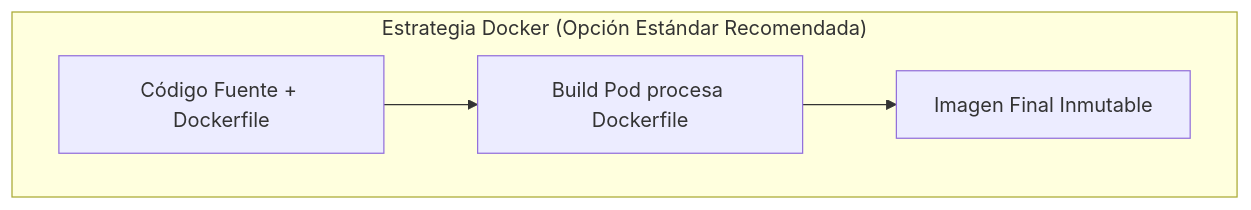
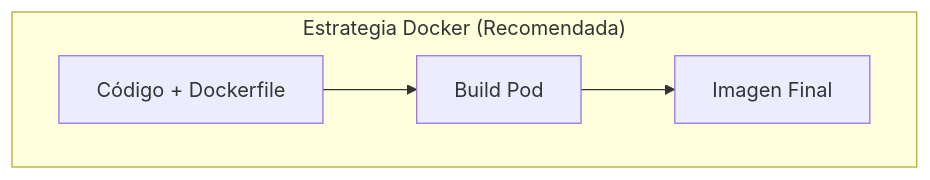
Before and after one commit to ieftraining/curso-openshift: the third of 6 diagrams in docs/sesion4/4.5 Construir en la plataforma.md, drawn with Mermaid. The commit also changed other lines of this file, not shown here.

````diff
--- a/docs/sesion4/4.5 Construir en la plataforma.md
+++ b/docs/sesion4/4.5 Construir en la plataforma.md
@@ -83,7 +65,7 @@
 ```mermaid
 flowchart TD
-    subgraph Docker ["Estrategia Docker (Opción Estándar Recomendada)"]
-        A2[Código Fuente + Dockerfile] --> B2[Build Pod procesa Dockerfile]
-        B2 --> C2[Imagen Final Inmutable]
+    subgraph Docker ["Estrategia Docker (Recomendada)"]
+        A2[Código + Dockerfile] --> B2[Build Pod]
+        B2 --> C2[Imagen Final]
     end
 ```
````
